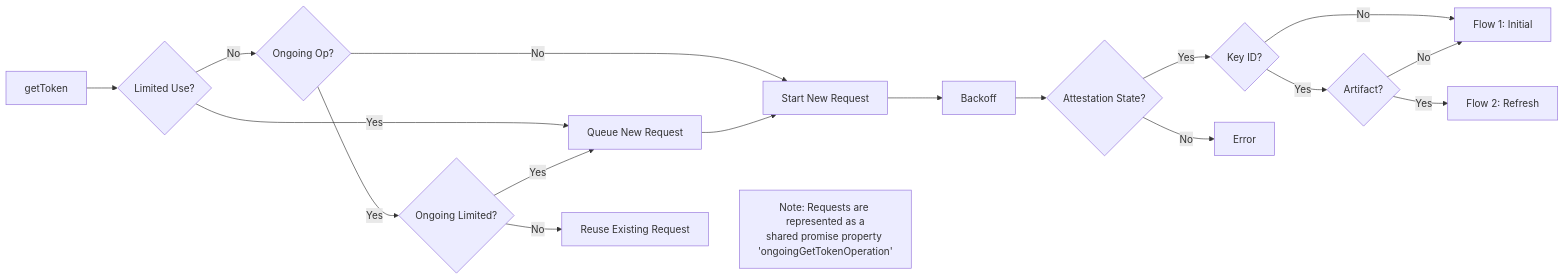
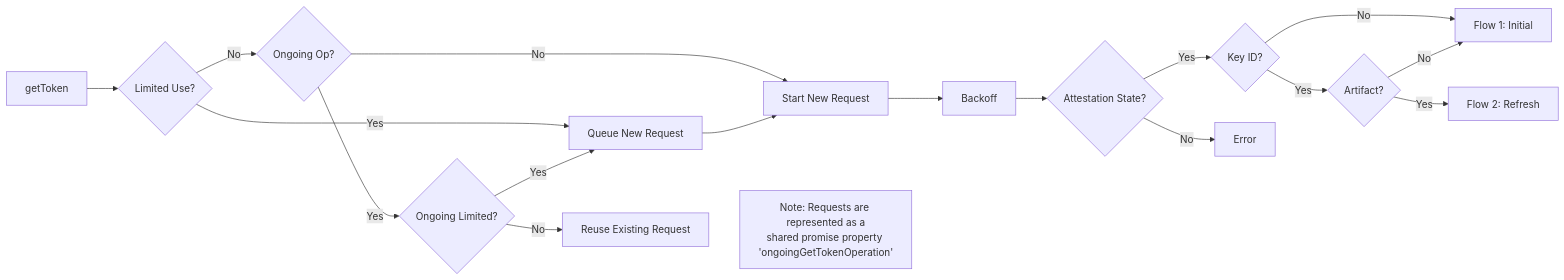
One commit to google/app-check changed the first of 4 diagrams in docs/providers/app-attest.md. Above: the diagram before and after it, drawn with Mermaid.

````diff
--- a/docs/providers/app-attest.md
+++ b/docs/providers/app-attest.md
@@ -31,31 +31,31 @@
 ```mermaid
-%%{init: {"flowchart": {"diagramPadding": 50, "fontSize": 36}}}%%
+%%{init: {"flowchart": {"diagramPadding": 75, "fontSize": 36}}}%%
 flowchart LR
     Start[getToken] --> CheckUse{Limited Use?}
     
     CheckUse -- Yes --> Queue[Queue New Request]
     CheckUse -- No --> Coalesce{Ongoing Op?}
     
     Coalesce -- No --> StartNew[Start New Request]
     Coalesce -- Yes --> CheckOngoing{Ongoing Limited?}
     
     CheckOngoing -- Yes --> Queue
     CheckOngoing -- No --> Reuse[Reuse Existing Request]
     
     Queue --> StartNew
     StartNew --> Backoff[Backoff]
     
     Backoff --> StateCheck{Attestation State?}
     
     StateCheck -->|Yes| KeyCheck{Key ID?}
     
     KeyCheck -- No --> Flow1[Flow 1: Initial]
     KeyCheck -- Yes --> ArtifactCheck{Artifact?}
     
     ArtifactCheck -- No --> Flow1
     ArtifactCheck -- Yes --> Flow2[Flow 2: Refresh]
 
     StateCheck -->|No| Error[Error]
 
     Reuse ~~~ Footnote[Note: Requests are represented as a<br/>shared promise property 'ongoingGetTokenOperation']
 ```
````
